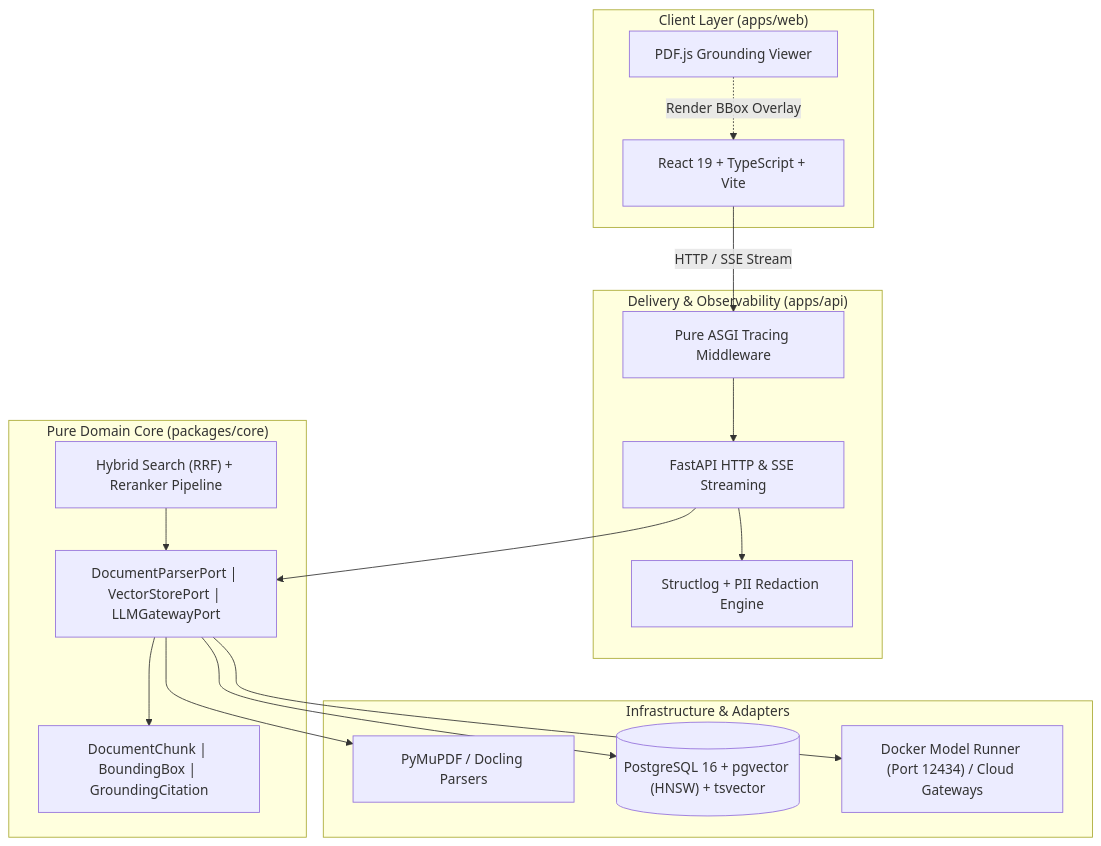
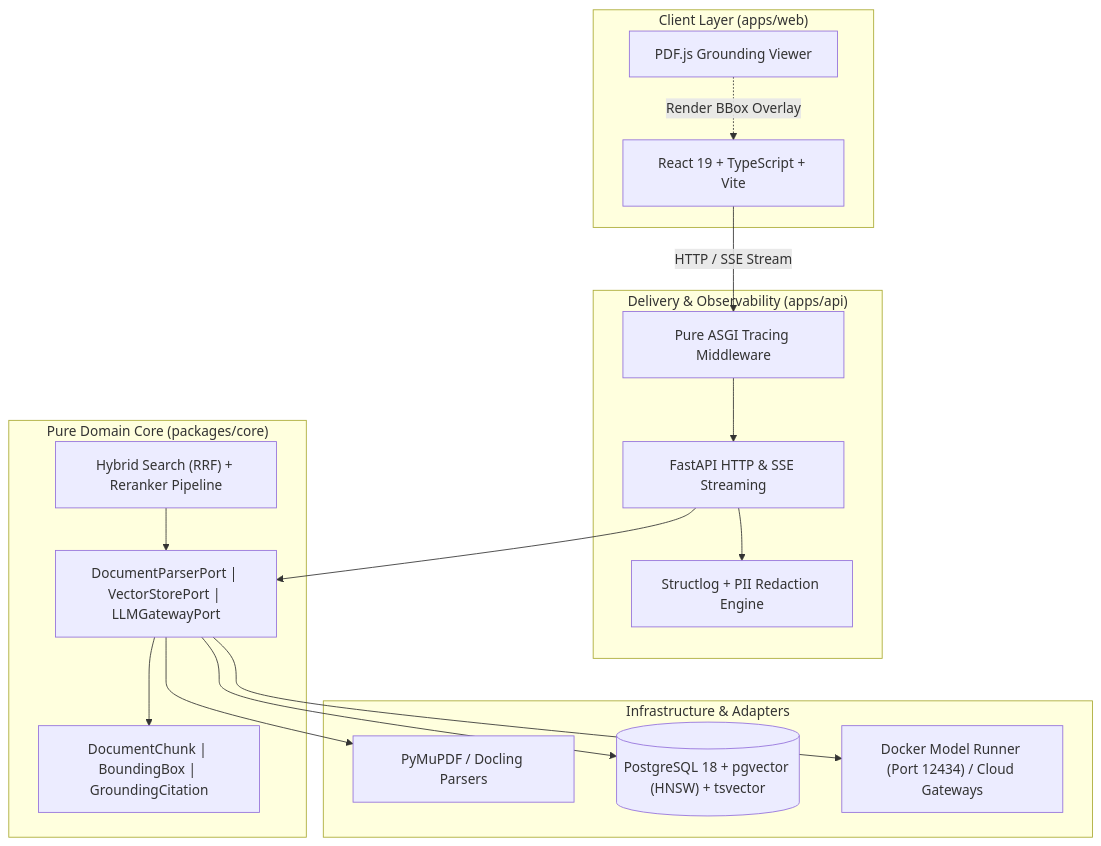
Before and after one commit to dammanhdungvn/VeriScholar: the diagram in README.md, drawn with Mermaid. The commit also changed other lines of this file and 6 other files, not shown here.

Commit message:
build(docker): upgrade database stack to PostgreSQL 18 with pgvector 0.8.6

````diff
--- a/README.md
+++ b/README.md
@@ -64,36 +64,36 @@
 ```mermaid
 flowchart TD
     subgraph CLIENT ["Client Layer (apps/web)"]
         UI["React 19 + TypeScript + Vite"]
         Viewer["PDF.js Grounding Viewer"]
     end
 
     subgraph TRANSPORT ["Delivery & Observability (apps/api)"]
         ASGI["Pure ASGI Tracing Middleware"]
         Router["FastAPI HTTP & SSE Streaming"]
         LogEngine["Structlog + PII Redaction Engine"]
     end
 
     subgraph DOMAIN ["Pure Domain Core (packages/core)"]
         Ports["DocumentParserPort | VectorStorePort | LLMGatewayPort"]
         Models["DocumentChunk | BoundingBox | GroundingCitation"]
         Engine["Hybrid Search (RRF) + Reranker Pipeline"]
     end
 
     subgraph INFRA ["Infrastructure & Adapters"]
         PDF["PyMuPDF / Docling Parsers"]
-        PG[("PostgreSQL 16 + pgvector (HNSW) + tsvector")]
+        PG[("PostgreSQL 18 + pgvector (HNSW) + tsvector")]
         DMR["Docker Model Runner (Port 12434) / Cloud Gateways"]
     end
 
     UI -->|HTTP / SSE Stream| ASGI
     Viewer -.->|Render BBox Overlay| UI
     ASGI --> Router
     Router --> LogEngine
     Router --> Ports
     Ports --> Models
     Engine --> Ports
     Ports --> PDF
     Ports --> PG
     Ports --> DMR
 ```
````
